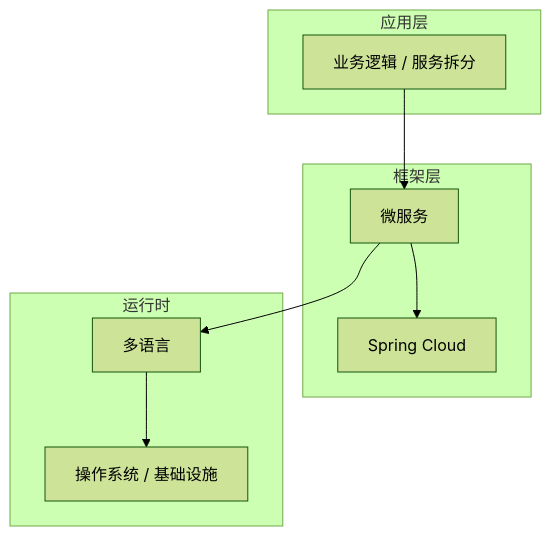
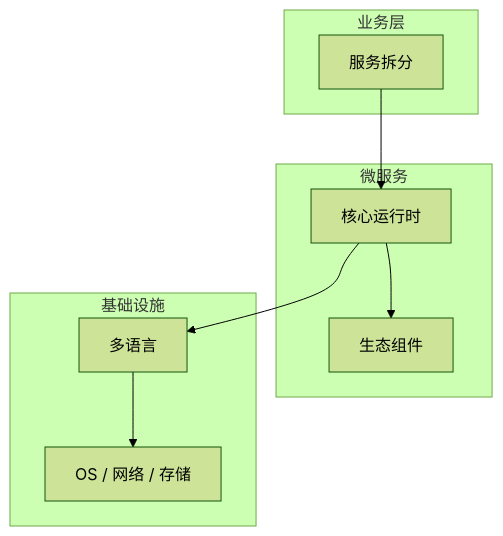
One commit to yanggan2015/knowledge-json-v2 changed the diagram in articles/微服务架构/chapters/009-服务拆分核心概念与原理.md. Above: the diagram before and after it, drawn with Mermaid (forest theme). The commit also changed other lines of this file and 10127 other files, not shown here.

````diff
--- a/articles/微服务架构/chapters/009-服务拆分核心概念与原理.md
+++ b/articles/微服务架构/chapters/009-服务拆分核心概念与原理.md
@@ -45,18 +34,18 @@
 ```mermaid
 graph TB
-    subgraph 应用层
-        A[业务逻辑 / 服务拆分]
+    subgraph 业务层
+        A[服务拆分]
     end
-    subgraph 框架层
-        B[微服务]
-        C[Spring Cloud]
+    subgraph 微服务
+        B[核心运行时]
+        C[生态组件]
     end
-    subgraph 运行时
+    subgraph 基础设施
         D[多语言]
-        E[操作系统 / 基础设施]
+        E[OS / 网络 / 存储]
     end
     A --> B
     B --> C
     B --> D
     D --> E
 ```
````
